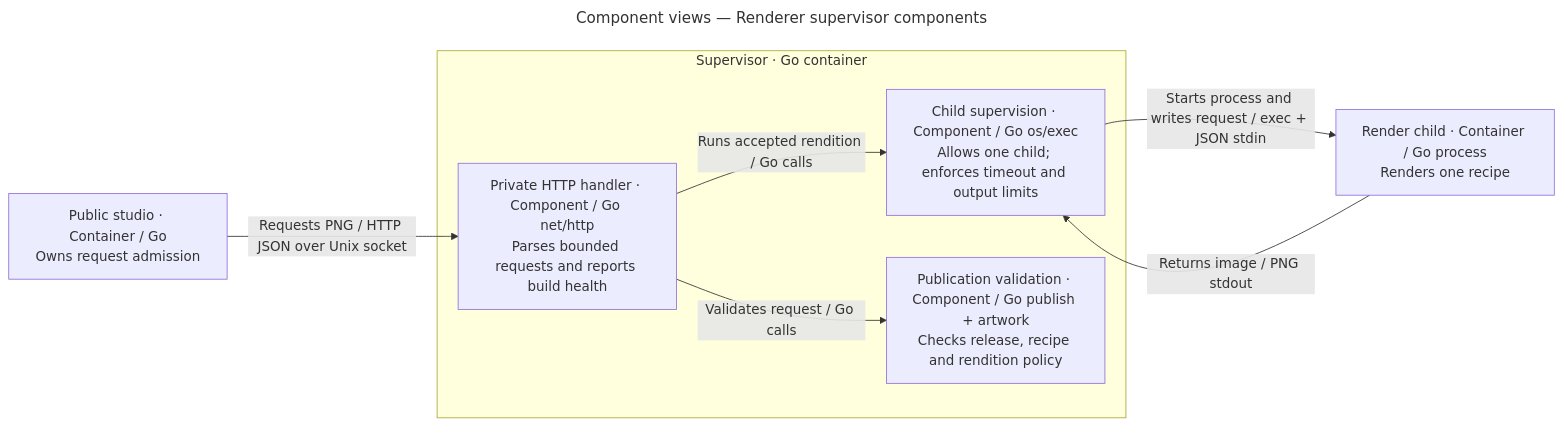
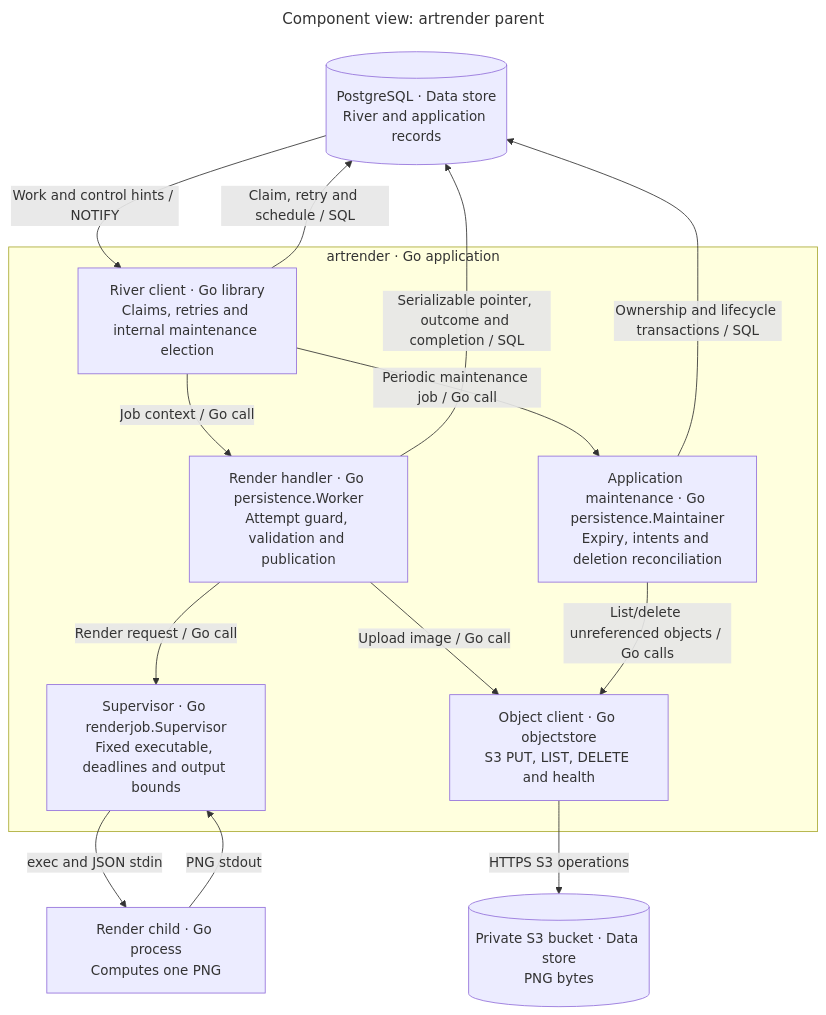
One commit to jaminalder/go-graphics changed the second of 4 diagrams in docs/architecture/components.md. Above: the diagram before and after it, drawn with Mermaid. The commit also changed other lines of this file and 91 other files, not shown here.

Commit message:
Add PostgreSQL persistence, River rendering and S3 image storage

````diff
--- a/docs/architecture/components.md
+++ b/docs/architecture/components.md
@@ -42,18 +47,28 @@
 ```mermaid
 ---
-title: "Component views — Renderer supervisor components"
+title: "Component view: artrender parent"
 ---
-flowchart LR
-    web["Public studio · Container / Go<br/>Owns request admission"]
-    subgraph renderer["Supervisor · Go container"]
-        transport["Private HTTP handler · Component / Go net/http<br/>Parses bounded requests and reports build health"]
-        execution["Child supervision · Component / Go os/exec<br/>Allows one child; enforces timeout and output limits"]
-        validation["Publication validation · Component / Go publish + artwork<br/>Checks release, recipe and rendition policy"]
+flowchart TB
+    db[("PostgreSQL · Data store<br/>River and application records")]
+    bucket[("Private S3 bucket · Data store<br/>PNG bytes")]
+    subgraph app["artrender · Go application"]
+        river["River client · Go library<br/>Claims, retries and internal maintenance election"]
+        worker["Render handler · Go persistence.Worker<br/>Attempt guard, validation and publication"]
+        supervisor["Supervisor · Go renderjob.Supervisor<br/>Fixed executable, deadlines and output bounds"]
+        cleanup["Application maintenance · Go persistence.Maintainer<br/>Expiry, intents and deletion reconciliation"]
+        objects["Object client · Go objectstore<br/>S3 PUT, LIST, DELETE and health"]
     end
-    child["Render child · Container / Go process<br/>Renders one recipe"]
-    web -->|Requests PNG / HTTP JSON over Unix socket| transport
-    transport -->|Validates request / Go calls| validation
-    transport -->|Runs accepted rendition / Go calls| execution
-    execution -->|Starts process and writes request / exec + JSON stdin| child
-    child -->|Returns image / PNG stdout| execution
+    child["Render child · Go process<br/>Computes one PNG"]
+    river -->|Claim, retry and schedule / SQL| db
+    db -->|Work and control hints / NOTIFY| river
+    river -->|Job context / Go call| worker
+    river -->|Periodic maintenance job / Go call| cleanup
+    worker -->|Render request / Go call| supervisor
+    supervisor -->|exec and JSON stdin| child
+    child -->|PNG stdout| supervisor
+    worker -->|Upload image / Go call| objects
+    objects -->|HTTPS S3 operations| bucket
+    worker -->|Serializable pointer, outcome and completion / SQL| db
+    cleanup -->|Ownership and lifecycle transactions / SQL| db
+    cleanup -->|List/delete unreferenced objects / Go calls| objects
 ```
````
